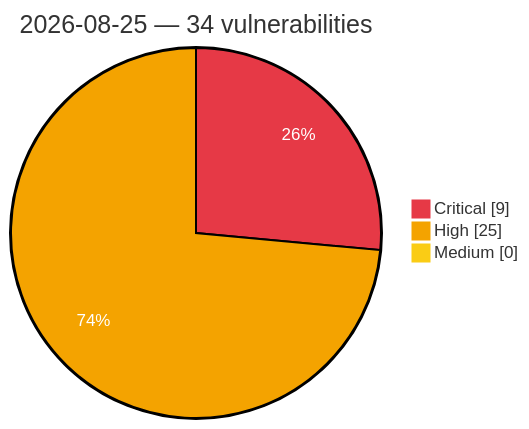
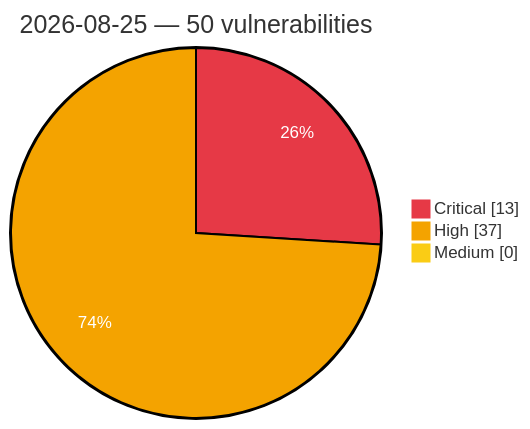
Before and after one commit to GhostX0X/vuln-tracker: the diagram in vulnerabilities/2026/August/2026-08-25.md, drawn with Mermaid. The commit also changed other lines of this file and 5 other files, not shown here.

Commit message:
Auto update: critical/high vulns (2026-08-25 10:29 UTC)

````diff
--- a/vulnerabilities/2026/August/2026-08-25.md
+++ b/vulnerabilities/2026/August/2026-08-25.md
@@ -3,8 +3,8 @@
 ```mermaid
 %%{init: {'theme':'base', 'themeVariables': {'pie1':'#e63946', 'pie2':'#f4a300', 'pie3':'#facc15', 'pieOpacity':'1', 'pieOuterStrokeWidth':'2px', 'pieSectionTextColor':'#ffffff'}}}%%
 pie showData
-    title 2026-08-25 — 34 vulnerabilities
-    "Critical" : 9
-    "High" : 25
+    title 2026-08-25 — 50 vulnerabilities
+    "Critical" : 13
+    "High" : 37
     "Medium" : 0
 ```
````
